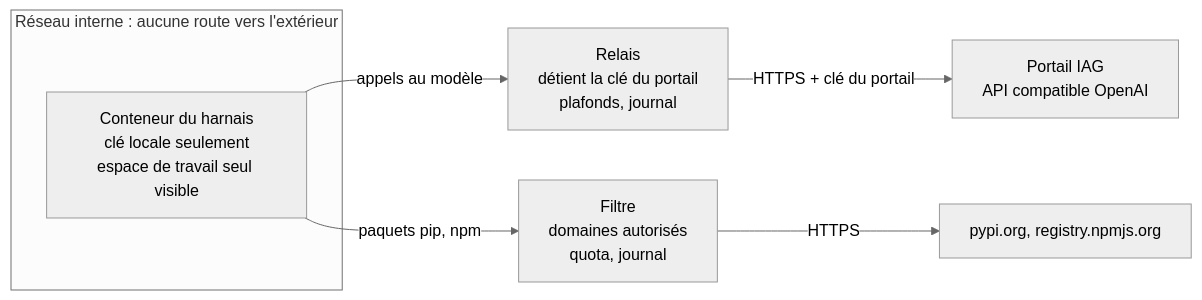
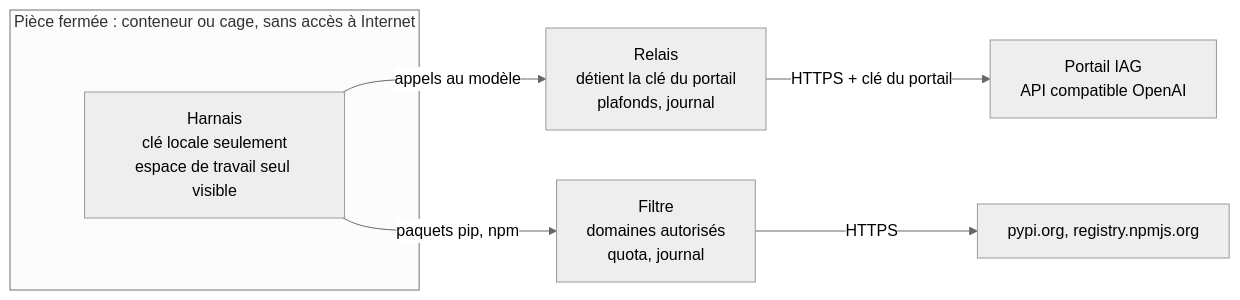
One commit to floSa/Harness-Test-Bench changed the diagram in livrables/kit-harnais-securise/README.md. Above: the diagram before and after it, drawn with Mermaid (neutral theme). The commit also changed other lines of this file and 15 other files, not shown here.

Commit message:
Livrables : kit avec modes Podman et sans conteneur (bubblewrap), guide et archive mis à jour

````diff
--- a/livrables/kit-harnais-securise/README.md
+++ b/livrables/kit-harnais-securise/README.md
@@ -47,10 +56,10 @@
 ```mermaid
 flowchart LR
-    subgraph interne["Réseau interne : aucune route vers l'extérieur"]
-        H["Conteneur du harnais<br/>clé locale seulement<br/>espace de travail seul visible"]
+    subgraph ferme["Pièce fermée : conteneur ou cage, sans accès à Internet"]
+        H["Harnais<br/>clé locale seulement<br/>espace de travail seul visible"]
     end
     H -->|"appels au modèle"| R["Relais<br/>détient la clé du portail<br/>plafonds, journal"]
     H -->|"paquets pip, npm"| F["Filtre<br/>domaines autorisés<br/>quota, journal"]
     R -->|"HTTPS + clé du portail"| P["Portail IAG<br/>API compatible OpenAI"]
     F -->|"HTTPS"| I["pypi.org, registry.npmjs.org"]
 ```
````
